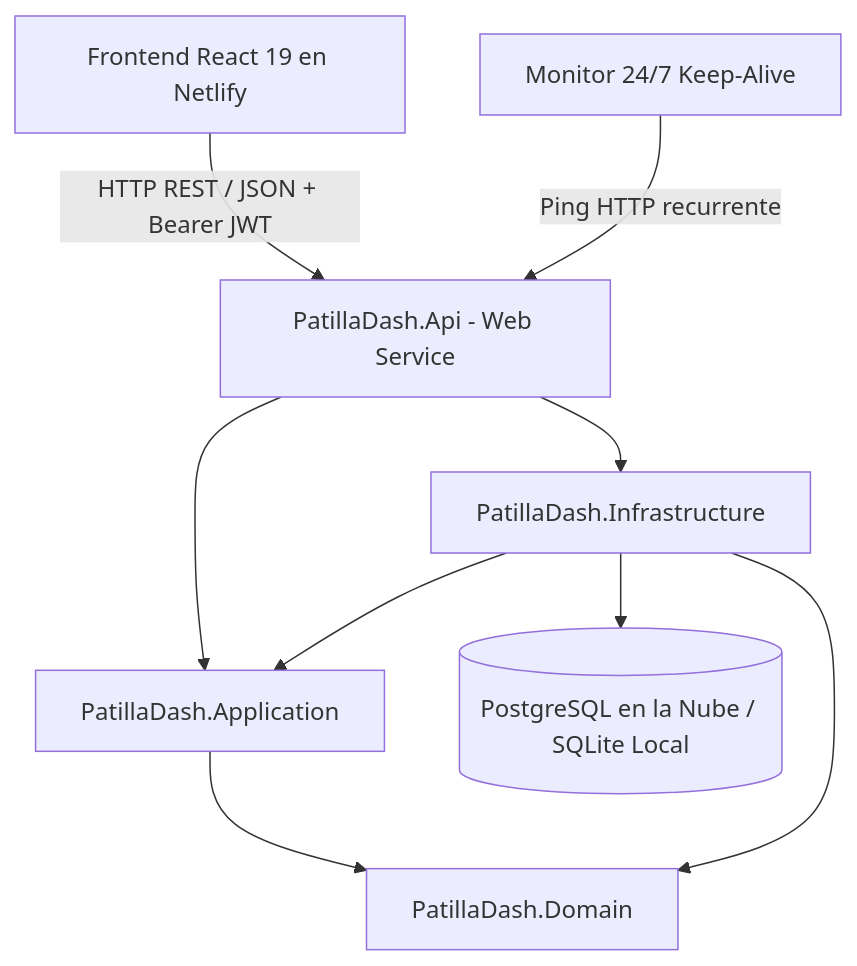
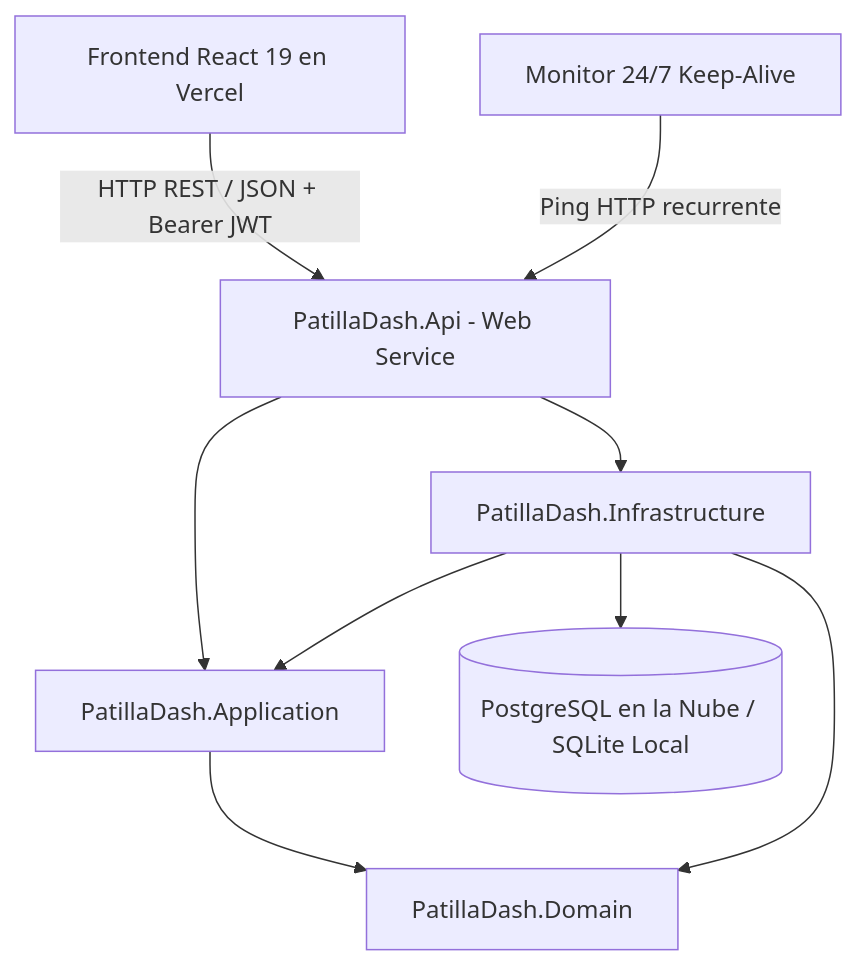
Before and after one commit to pachecoedgardo2006-coder/PatillaDash: the diagram in README.md, drawn with Mermaid. The commit also changed other lines of this file and 2 other files, not shown here.

Commit message:
fix(ventas): agregar metodo obtenerTodas en ventasService y restaurar usuarios originales con contraseñas clasicas

````diff
--- a/README.md
+++ b/README.md
@@ -81,11 +81,11 @@
 ```mermaid
 graph TD
-    Client[Frontend React 19 en Netlify] -->|HTTP REST / JSON + Bearer JWT| API[PatillaDash.Api - Web Service]
+    Client[Frontend React 19 en Vercel] -->|HTTP REST / JSON + Bearer JWT| API[PatillaDash.Api - Web Service]
     API --> Application[PatillaDash.Application]
     API --> Infrastructure[PatillaDash.Infrastructure]
     Infrastructure --> Application
     Application --> Domain[PatillaDash.Domain]
     Infrastructure --> Domain
     Infrastructure --> DB[(PostgreSQL en la Nube / SQLite Local)]
     Cron[Monitor 24/7 Keep-Alive] -->|Ping HTTP recurrente| API
 ```
````
